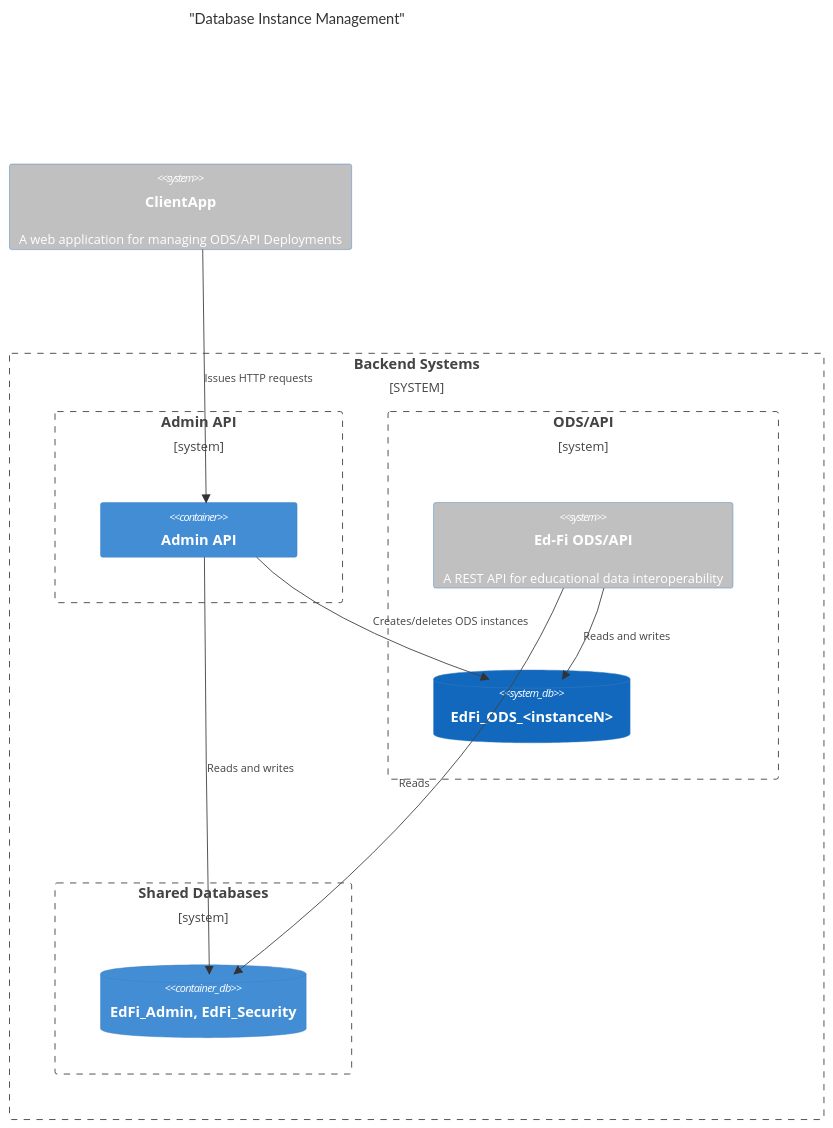
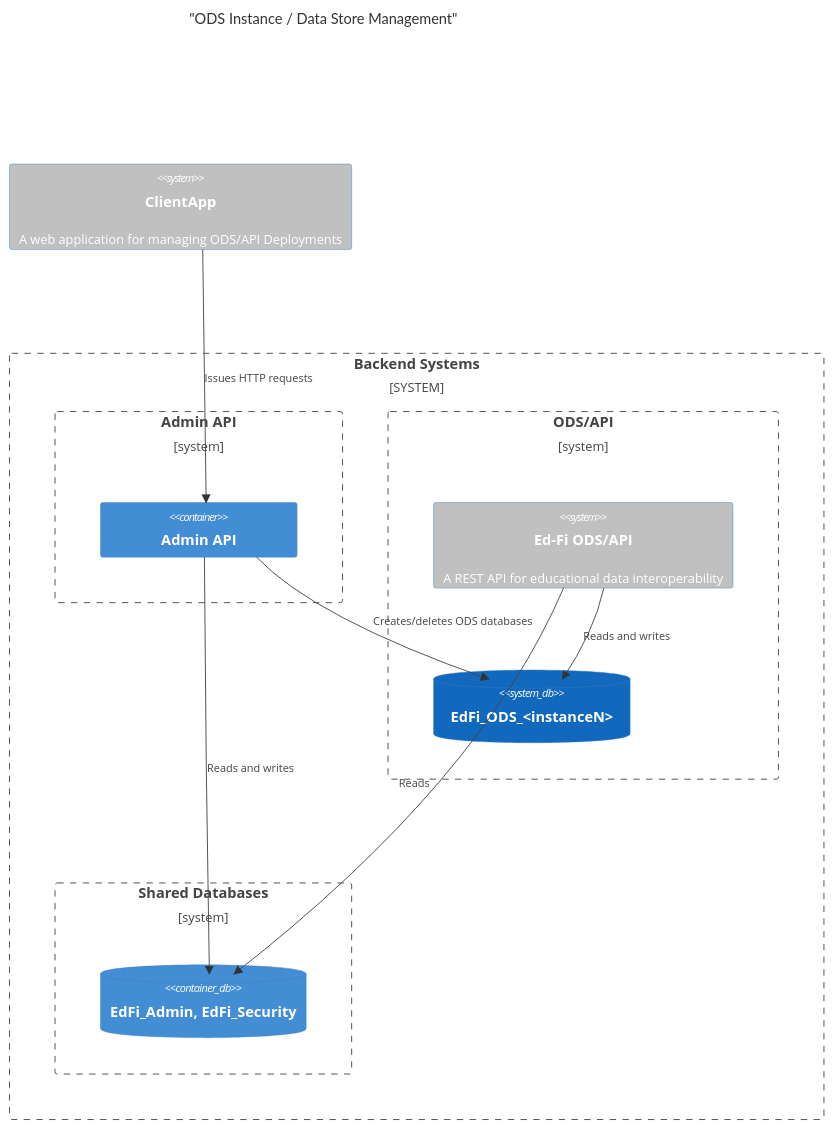
Before and after one commit to Ed-Fi-Alliance-OSS/ODS-Admin-API: the first of 3 diagrams in docs/design/INSTANCE-MANAGEMENT.md, drawn with Mermaid. The commit also changed other lines of this file and 5 other files, not shown here.

First line of the commit message:
[ADMINAPI-1485] Update Instance/DataStore Management design docs to match current implementation (#422)

````diff
--- a/docs/design/INSTANCE-MANAGEMENT.md
+++ b/docs/design/INSTANCE-MANAGEMENT.md
@@ -15,31 +24,31 @@
 ```mermaid
 C4Container
-    title "Database Instance Management"
+    title "ODS Instance / Data Store Management"
 
     System(ClientApp, "ClientApp", "A web application for managing ODS/API Deployments")
     UpdateElementStyle(ClientApp, $bgColor="silver")
 
     System_Boundary(backend, "Backend Systems") {
         Boundary(b0, "Admin API") {
             Container(AdminAPI, "Admin API")
         }
 
         Boundary(b1, "ODS/API") {
             System(OdsApi, "Ed-Fi ODS/API", "A REST API for educational data interoperability")
             UpdateElementStyle(OdsApi, $bgColor="silver")
 
             SystemDb(ods3, "EdFi_ODS_<instanceN>")
         }
 
         Boundary(b2, "Shared Databases") {
             ContainerDb(Admin, "EdFi_Admin, EdFi_Security")
         }
     }
-   
+
     Rel(ClientApp, AdminAPI, "Issues HTTP requests")
-    Rel(AdminAPI, ods3, "Creates/deletes ODS instances")
+    Rel(AdminAPI, ods3, "Creates/deletes ODS databases")
     Rel(OdsApi, ods3, "Reads and writes")
     Rel(AdminAPI, Admin, "Reads and writes")
     Rel(OdsApi, Admin, "Reads")
     UpdateLayoutConfig($c4ShapeInRow="2", $c4BoundaryInRow="2")
 ```
````
